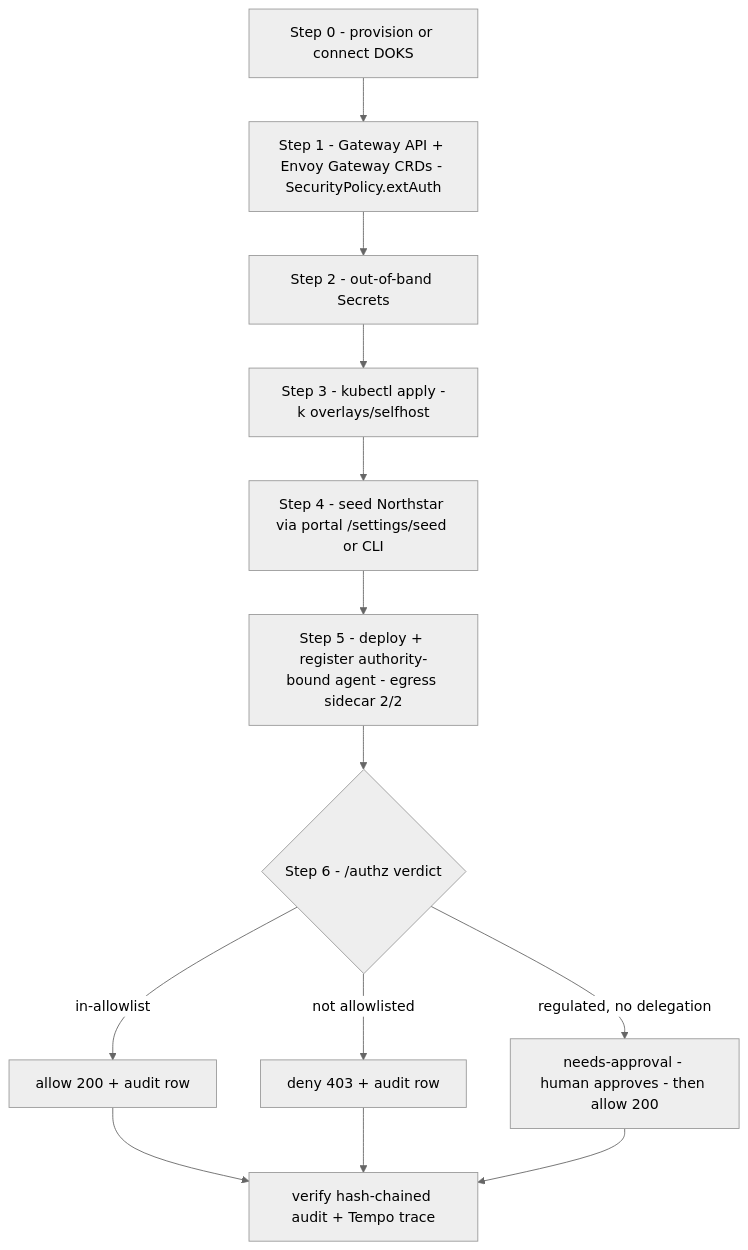
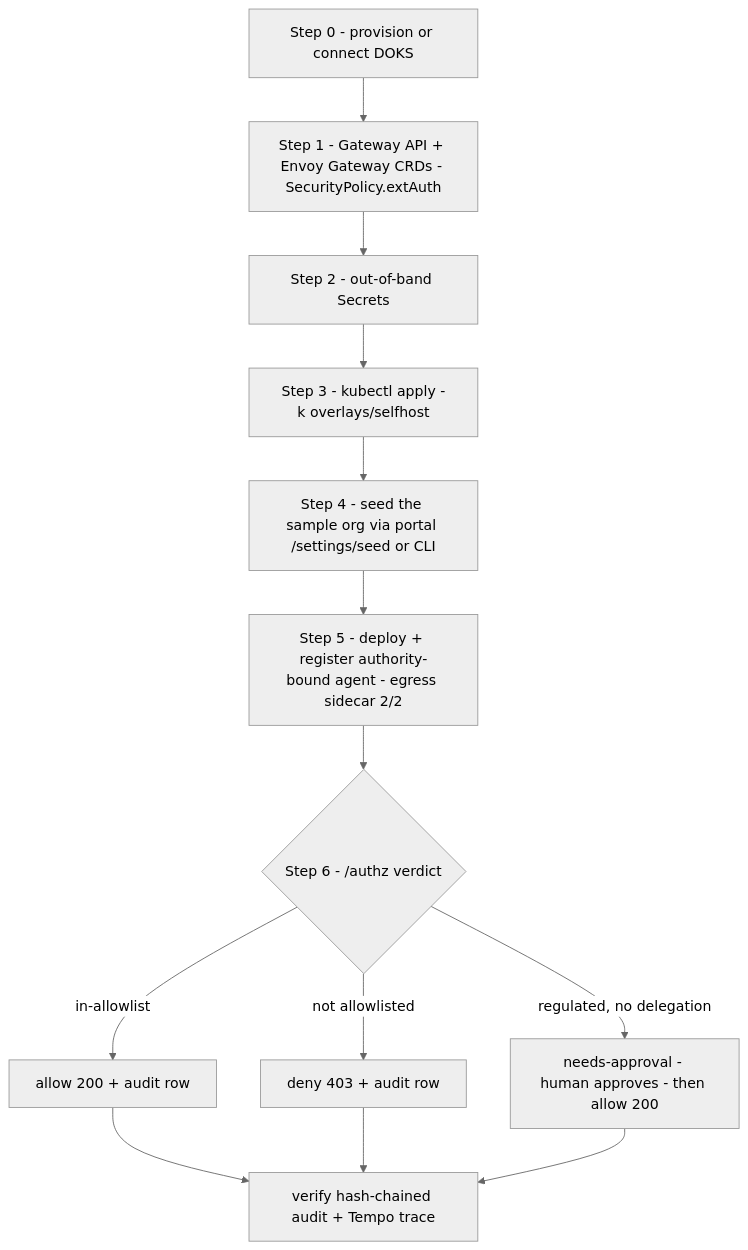
One commit to remrem-apps/palonexus-web changed the diagram in src/content/docs/operations/doks-runbook.md. Above: the diagram before and after it, drawn with Mermaid (neutral theme). The commit also changed other lines of this file and 62 other files, not shown here.

````diff
--- a/src/content/docs/operations/doks-runbook.md
+++ b/src/content/docs/operations/doks-runbook.md
@@ -104,15 +104,15 @@
 ```mermaid
 flowchart TD
   s0[Step 0 - provision or connect DOKS] --> s1[Step 1 - Gateway API + Envoy Gateway CRDs - SecurityPolicy.extAuth]
   s1 --> s2[Step 2 - out-of-band Secrets]
   s2 --> s3[Step 3 - kubectl apply -k overlays/selfhost]
-  s3 --> s4[Step 4 - seed Northstar via portal /settings/seed or CLI]
+  s3 --> s4[Step 4 - seed the sample org via portal /settings/seed or CLI]
   s4 --> s5[Step 5 - deploy + register authority-bound agent - egress sidecar 2/2]
   s5 --> v{Step 6 - /authz verdict}
   v -->|in-allowlist| allow[allow 200 + audit row]
   v -->|not allowlisted| deny[deny 403 + audit row]
   v -->|regulated, no delegation| na[needs-approval - human approves - then allow 200]
   allow --> au[verify hash-chained audit + Tempo trace]
   deny --> au
   na --> au
 ```
````
